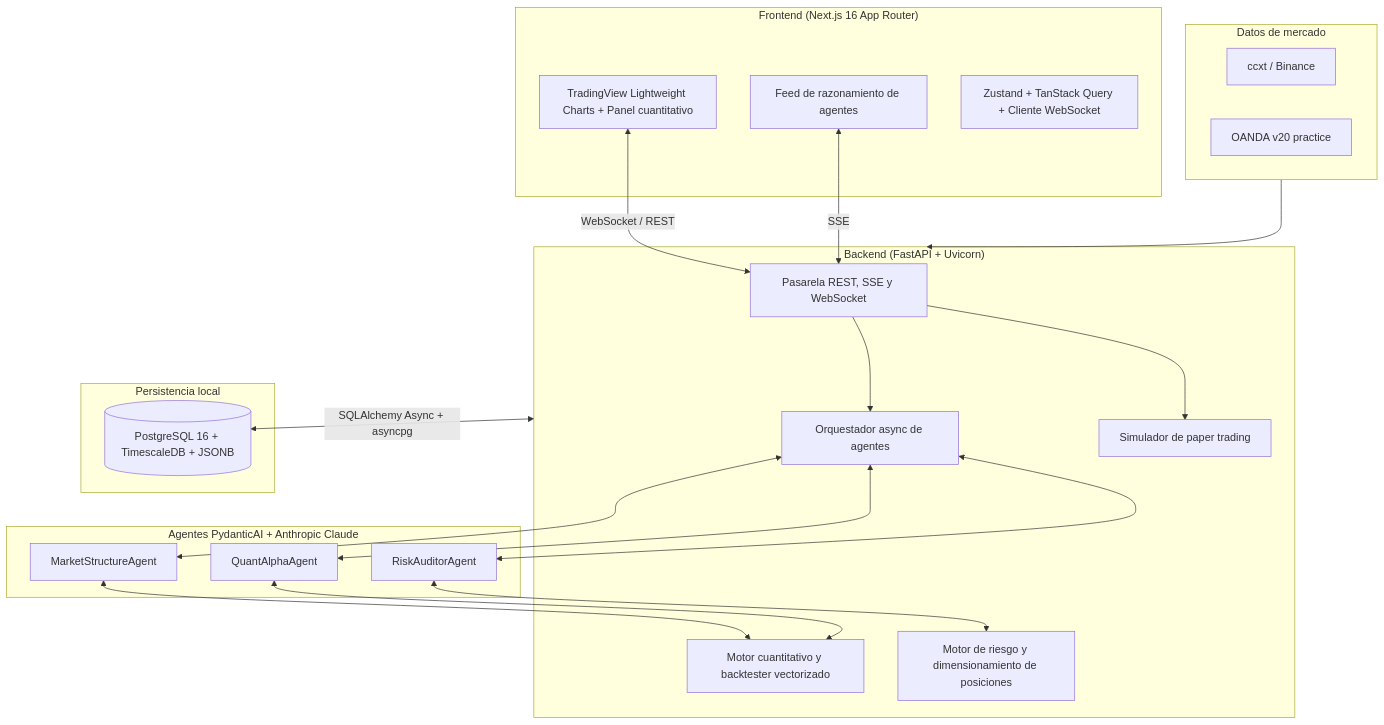
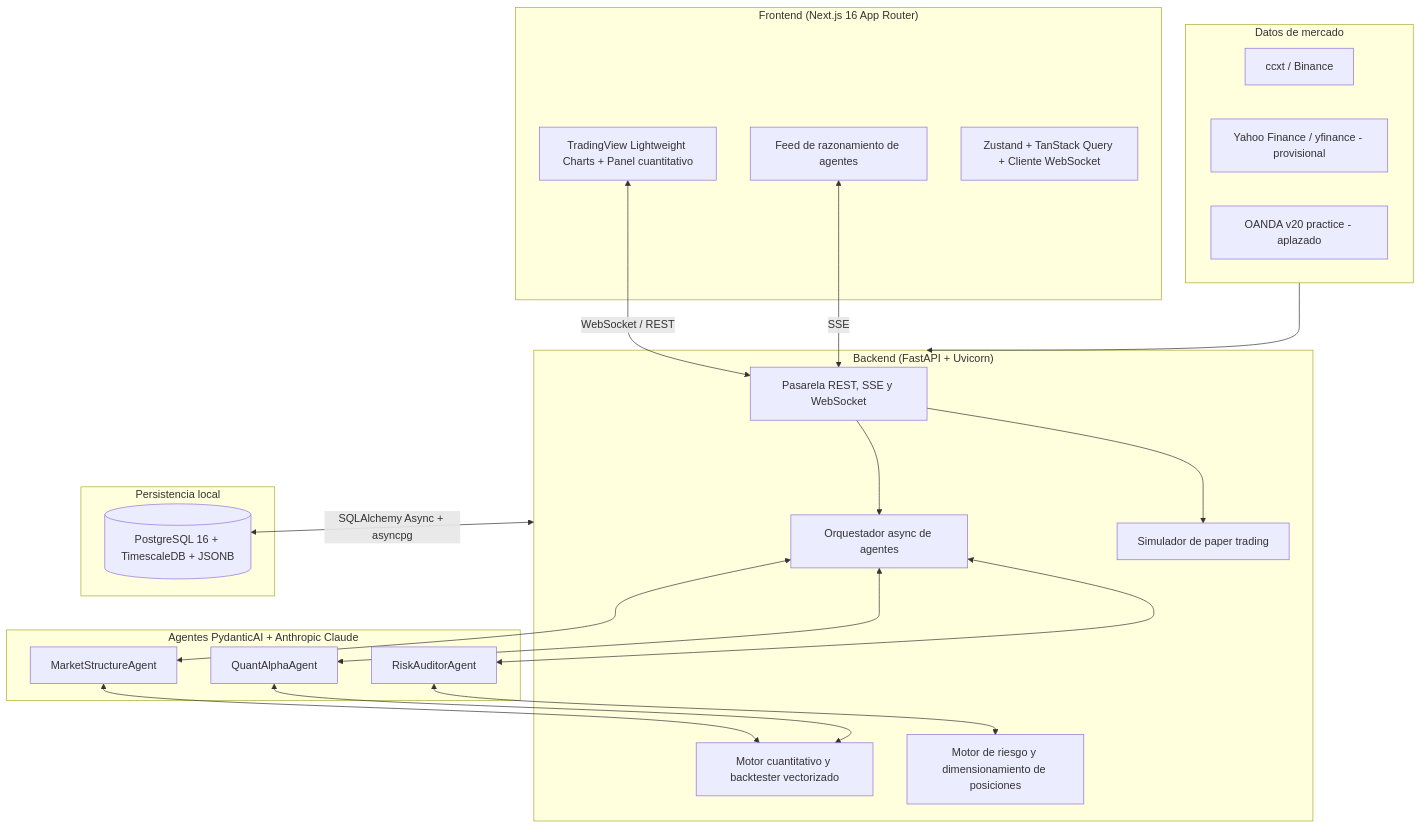
One commit to wvirguez/trading_desk changed the diagram in README.md. Above: the diagram before and after it, drawn with Mermaid. The commit also changed other lines of this file and 33 other files, not shown here.

````diff
--- a/README.md
+++ b/README.md
@@ -23,41 +23,42 @@
 ```mermaid
 graph TD
 subgraph Frontend ["Frontend (Next.js 16 App Router)"]
 UI[TradingView Lightweight Charts + Panel cuantitativo]
 AgentChat[Feed de razonamiento de agentes]
 State[Zustand + TanStack Query + Cliente WebSocket]
 end
 
 subgraph Backend ["Backend (FastAPI + Uvicorn)"]
 API[Pasarela REST, SSE y WebSocket]
 Orch[Orquestador async de agentes]
 QuantEngine[Motor cuantitativo y backtester vectorizado]
 RiskEngine[Motor de riesgo y dimensionamiento de posiciones]
 PaperBroker[Simulador de paper trading]
 end
 
 subgraph Agents ["Agentes PydanticAI + Anthropic Claude"]
 A1[MarketStructureAgent]
 A2[QuantAlphaAgent]
 A4[RiskAuditorAgent]
 end
 
 subgraph Feeds ["Datos de mercado"]
 CCXT[ccxt / Binance]
-OANDA[OANDA v20 practice]
+YAHOO[Yahoo Finance / yfinance - provisional]
+OANDA[OANDA v20 practice - aplazado]
 end
 
 subgraph Storage ["Persistencia local"]
 PG[(PostgreSQL 16 + TimescaleDB + JSONB)]
 end
 
 UI <-->|WebSocket / REST| API
 AgentChat <-->|SSE| API
 API --> Orch
 Orch <--> A1 & A2 & A4
 A1 & A2 <--> QuantEngine
 A4 <--> RiskEngine
 API --> PaperBroker
 Feeds --> Backend
 Backend <-->|SQLAlchemy Async + asyncpg| PG
 ```
````
